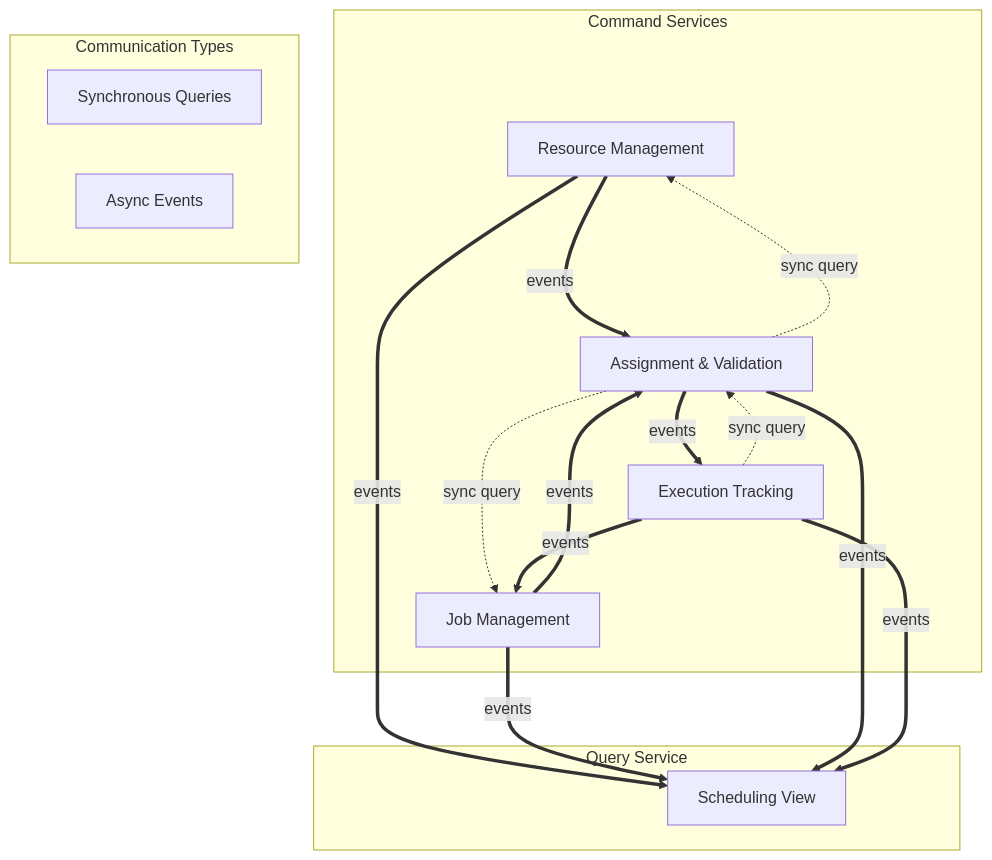
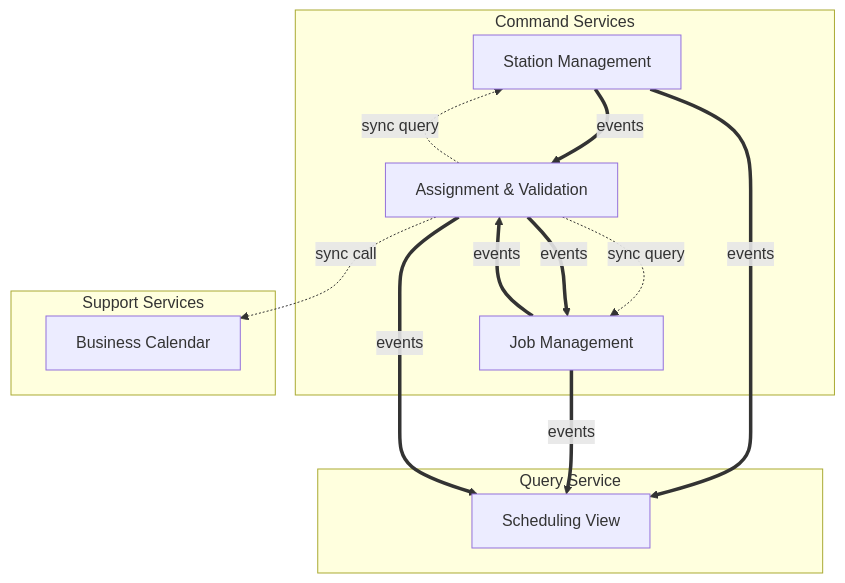
Before and after one commit to ikadar/ewlin: the sixth of 10 diagrams in docs/architecture/dependency-graphs.md, drawn with Mermaid. The commit also changed other lines of this file and 539 other files, not shown here.

````diff
--- a/docs/architecture/dependency-graphs.md
+++ b/docs/architecture/dependency-graphs.md
@@ -238,32 +237,28 @@
 ```mermaid
 flowchart TB
     subgraph Command Services
-        Resource[Resource Management]
+        Station[Station Management]
         Job[Job Management]
         Assignment[Assignment & Validation]
-        Execution[Execution Tracking]
     end
-    
+
     subgraph Query Service
         View[Scheduling View]
     end
-    
-    subgraph Communication Types
-        Sync[Synchronous Queries]
-        Async[Async Events]
+
+    subgraph Support Services
+        Calendar[Business Calendar]
     end
 
-    Assignment -.->|sync query| Resource
+    Assignment -.->|sync query| Station
     Assignment -.->|sync query| Job
-    Execution -.->|sync query| Assignment
-    
-    Resource ==>|events| Assignment
+    Assignment -.->|sync call| Calendar
+
+    Station ==>|events| Assignment
     Job ==>|events| Assignment
-    Assignment ==>|events| Execution
-    Execution ==>|events| Job
-    
-    Resource ==>|events| View
+    Assignment ==>|events| Job
+
+    Station ==>|events| View
     Job ==>|events| View
     Assignment ==>|events| View
-    Execution ==>|events| View
 ```
````
